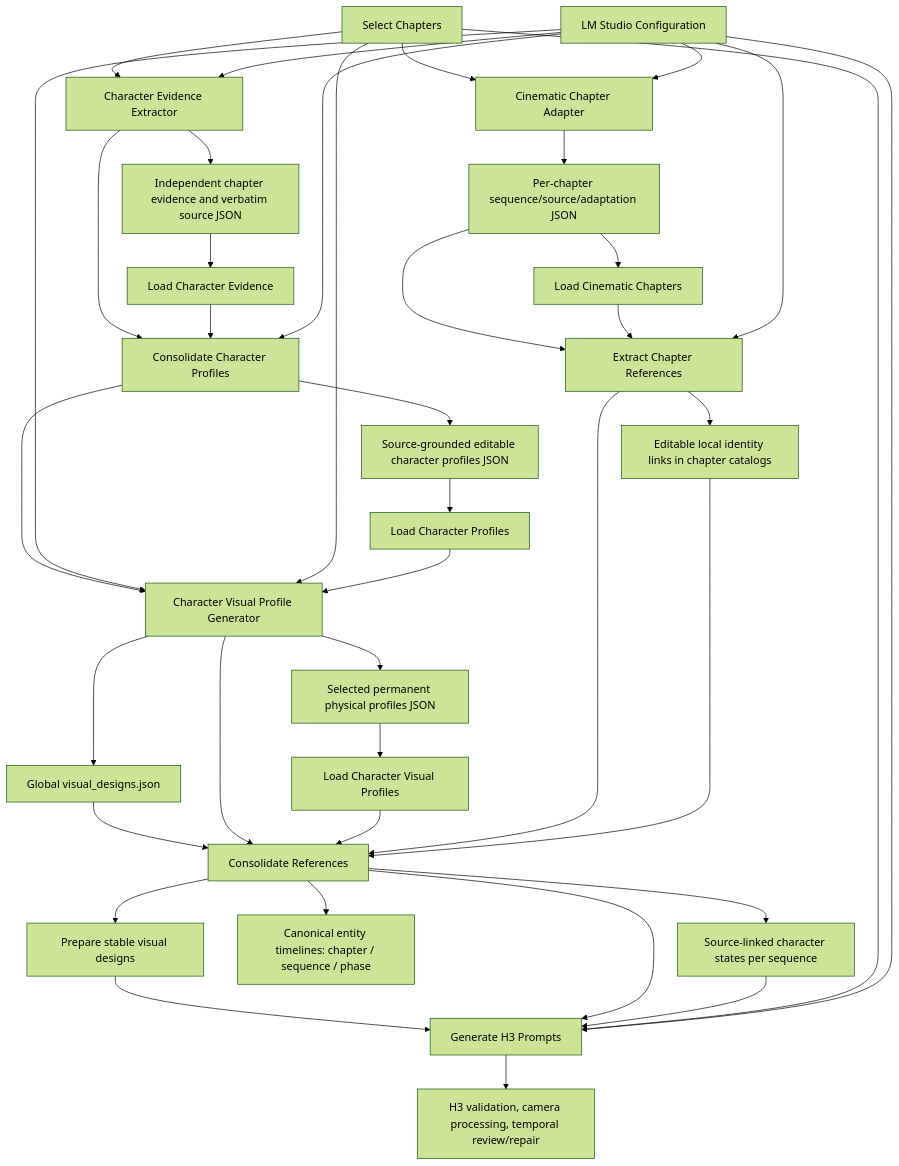
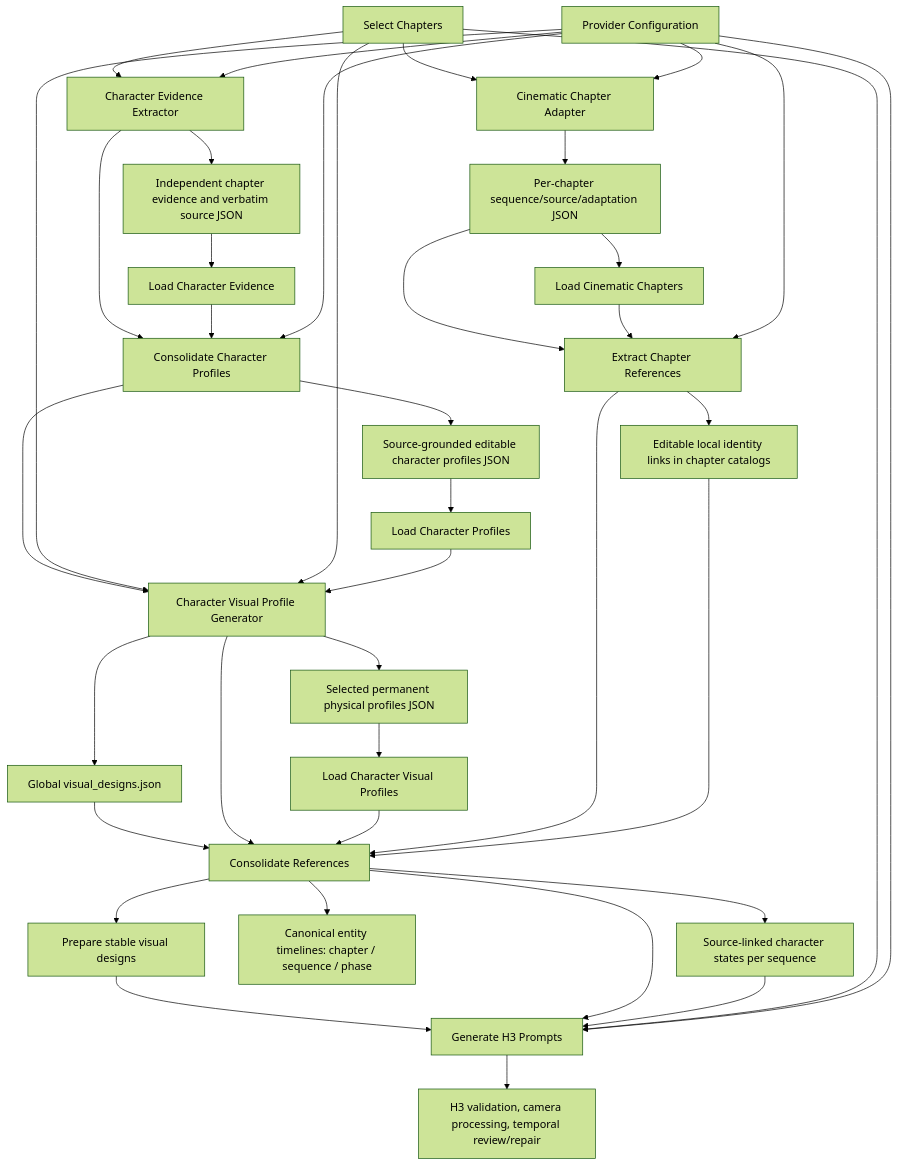
The first of 2 diagrams in docs/architecture.md (yuyuki/ComfyUI-Minimax_H3_Novel_Pipeline), drawn with Mermaid (forest theme) before and after one commit. The commit also changed other lines of this file and 8 other files, not shown here.

Commit message:
feat: Rework provider configuration to enhance model selection and integration across the pipeline

````diff
--- a/docs/architecture.md
+++ b/docs/architecture.md
@@ -10,41 +10,41 @@
 ```mermaid
 flowchart TD
     selector["Select Chapters"] --> adapter["Cinematic Chapter Adapter"]
     config --> adapter
     selector --> evidence["Character Evidence Extractor"]
     config --> evidence
     evidence --> evidence_json["Independent chapter evidence and verbatim source JSON"]
     evidence_json --> evidence_loader["Load Character Evidence"]
     evidence --> profiles["Consolidate Character Profiles"]
     evidence_loader --> profiles
     config --> profiles
     profiles --> visual_profiles["Character Visual Profile Generator"]
     config --> visual_profiles
     selector --> visual_profiles
     visual_profiles --> visual_json["Selected permanent physical profiles JSON"]
     visual_profiles --> global_designs["Global visual_designs.json"]
     global_designs --> consolidate
     visual_profiles --> consolidate
     consolidate --> local_enrichment["Source-linked character states per sequence"]
     visual_json --> visual_loader["Load Character Visual Profiles"]
     visual_loader --> consolidate
     profiles --> profiles_json["Source-grounded editable character profiles JSON"]
     profiles_json --> profiles_loader["Load Character Profiles"]
     profiles_loader --> visual_profiles
     adapter --> adapted["Per-chapter sequence/source/adaptation JSON"]
     adapted --> extract
     adapted --> loader["Load Cinematic Chapters"]
     loader --> extract
-    config["LM Studio Configuration"] --> extract["Extract Chapter References"]
+    config["Provider Configuration"] --> extract["Extract Chapter References"]
     extract --> consolidate["Consolidate References"]
     consolidate --> timeline["Canonical entity timelines: chapter / sequence / phase"]
     extract --> local["Editable local identity links in chapter catalogs"]
     local --> consolidate
     consolidate --> designs["Prepare stable visual designs"]
     designs --> generate["Generate H3 Prompts"]
     consolidate --> generate
     local_enrichment --> generate
     selector --> generate
     config --> generate
     generate --> review["H3 validation, camera processing, temporal review/repair"]
 ```
````
